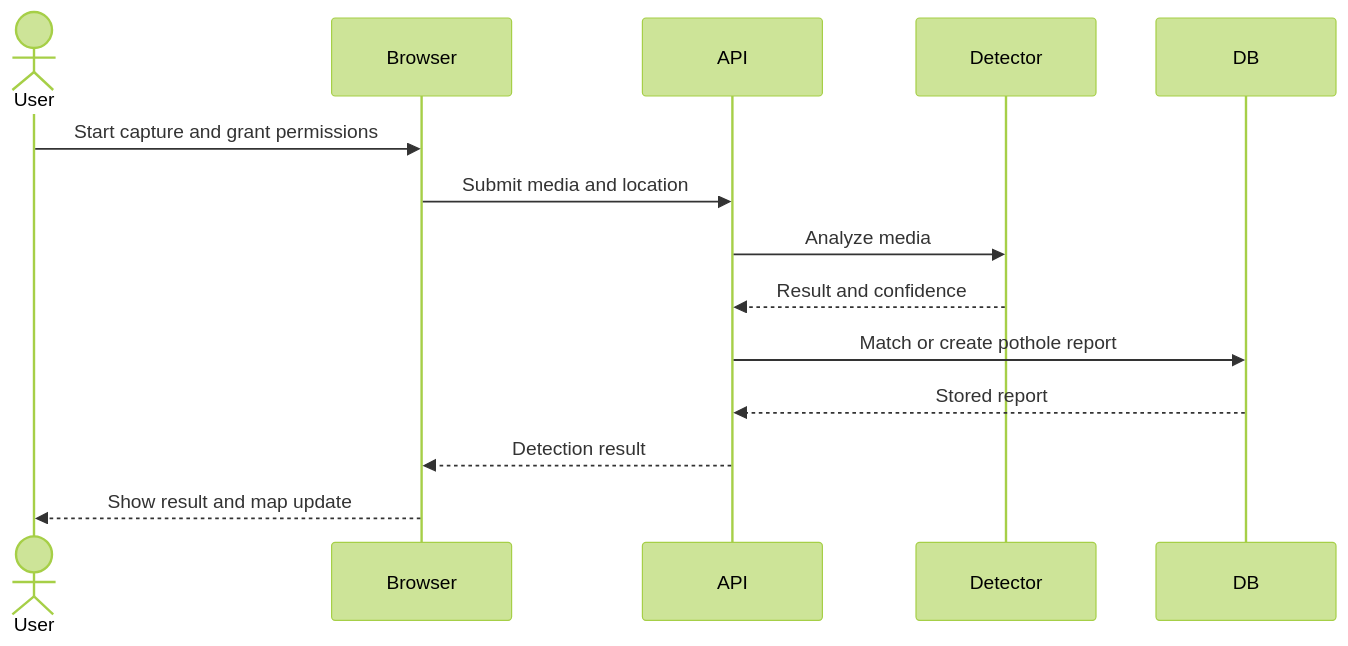
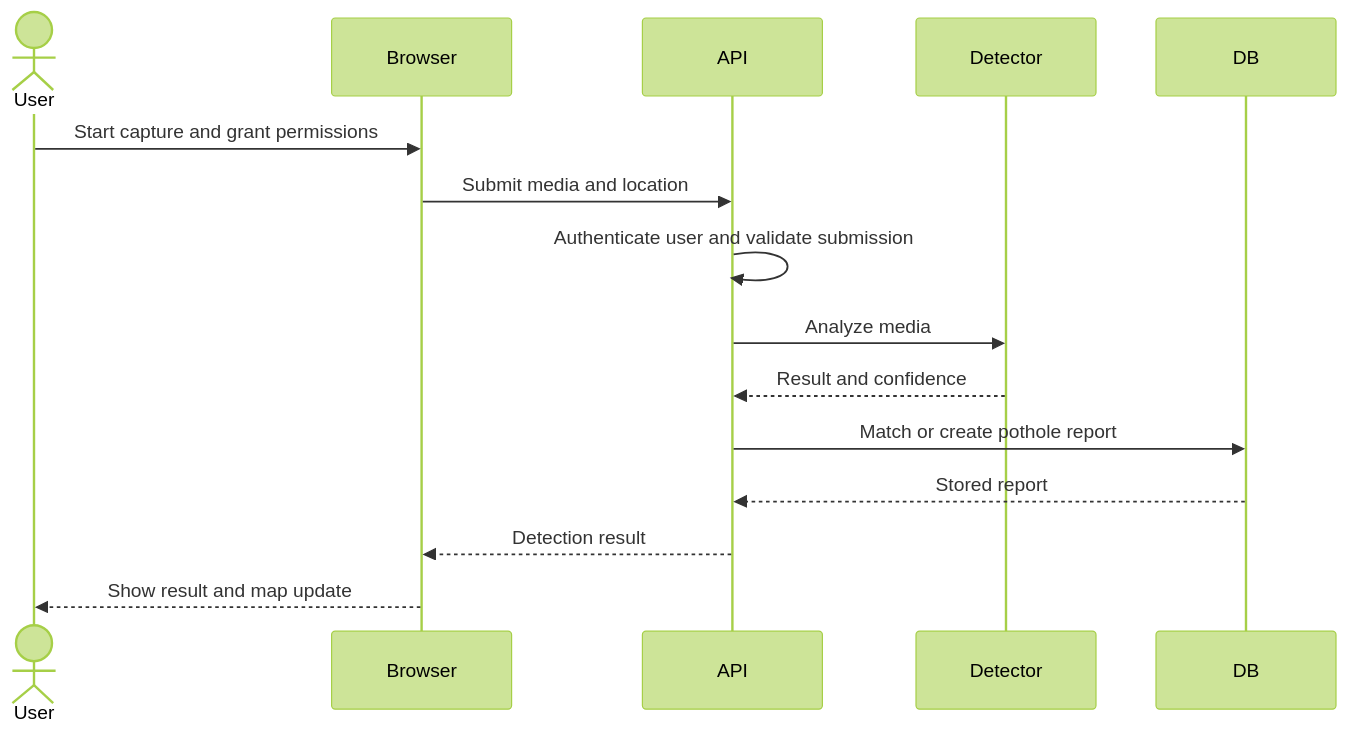
The fourth of 9 diagrams in RD_REPORT.md (QuangMinhNguyen27405/CEN4090L-open-pothole-tracker), drawn with Mermaid (forest theme) before and after one commit. The commit also changed other lines of this file and 15 other files, not shown here.

````diff
--- a/RD_REPORT.md
+++ b/RD_REPORT.md
@@ -144,16 +245,17 @@
 ```mermaid
 sequenceDiagram
   actor User
   participant Browser
   participant API
   participant Detector
   participant DB
   User->>Browser: Start capture and grant permissions
   Browser->>API: Submit media and location
+  API->>API: Authenticate user and validate submission
   API->>Detector: Analyze media
   Detector-->>API: Result and confidence
   API->>DB: Match or create pothole report
   DB-->>API: Stored report
   API-->>Browser: Detection result
   Browser-->>User: Show result and map update
 ```
````
